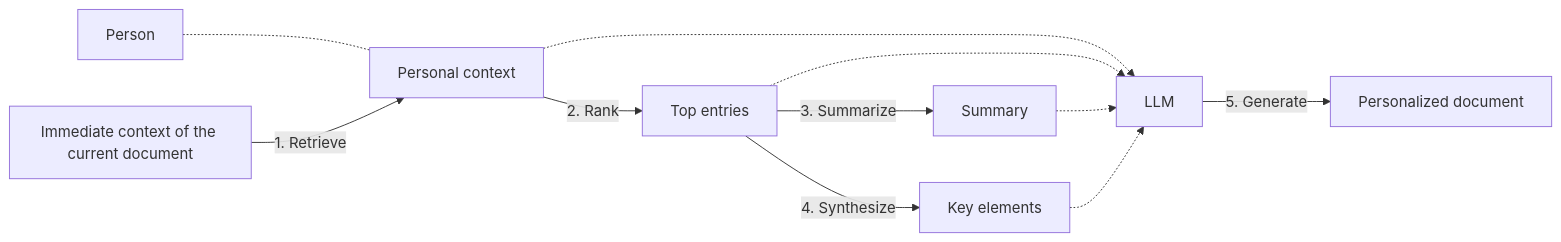
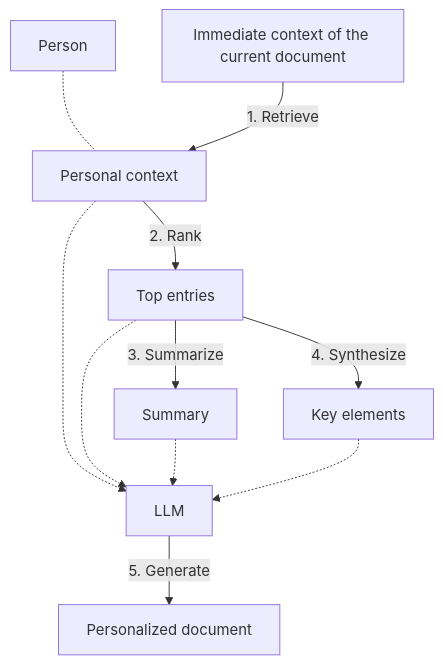
Before and after one commit to ghlee7411/llm-multistage-multitask-framework: the diagram in README.md, drawn with Mermaid.

Commit message:
change orient of diagram

````diff
--- a/README.md
+++ b/README.md
@@ -5,23 +5,23 @@
 ```mermaid
-graph LR
+graph TD
     A[Person]
     B[Personal context]
     C[Immediate context of the current document]
     D[Top entries]
     E[Summary]
     F[Key elements]
     G[LLM]
     H[Personalized document]
 
     A -.- B
     C -- 1. Retrieve --> B
     B -- 2. Rank --> D
     D -- 3. Summarize --> E
     D -- 4. Synthesize --> F
     B -.-> G
     D -.-> G
     E -.-> G
     F -.-> G
     G -- 5. Generate --> H
 
 ```
````
